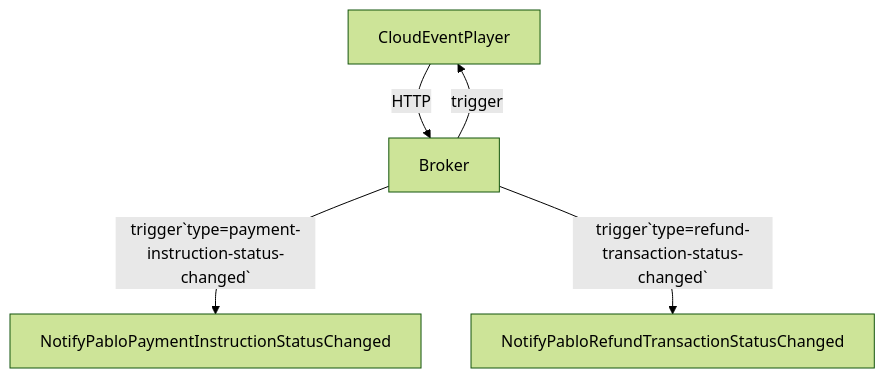
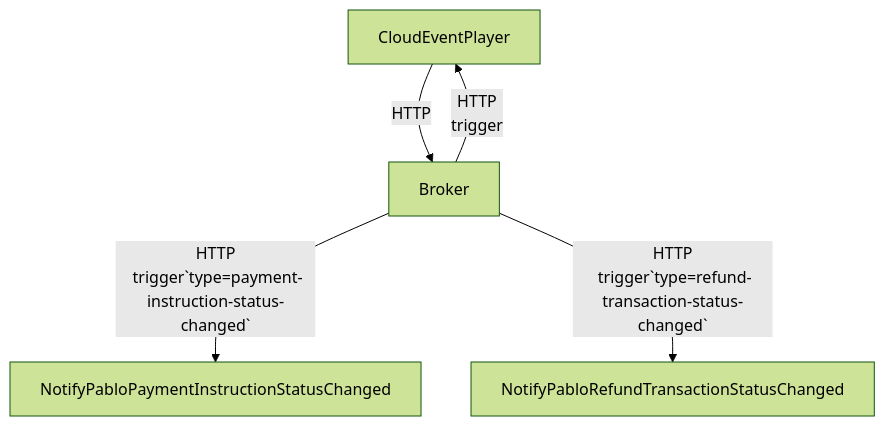
Before and after one commit to yunusdemir-dh/callbacks: the diagram in README.md, drawn with Mermaid (forest theme).

Commit message:
PAYORC-0: add http to diagram

````diff
--- a/README.md
+++ b/README.md
@@ -25,6 +25,6 @@
 ```mermaid
 flowchart TB
-   CloudEventPlayer -- HTTP --> Broker -- trigger --> CloudEventPlayer
-   Broker -- trigger`type=payment-instruction-status-changed` --> NotifyPabloPaymentInstructionStatusChanged
-   Broker -- trigger`type=refund-transaction-status-changed` --> NotifyPabloRefundTransactionStatusChanged
+   CloudEventPlayer -- HTTP --> Broker -- HTTP\n trigger --> CloudEventPlayer
+   Broker -- HTTP\n trigger`type=payment-instruction-status-changed` --> NotifyPabloPaymentInstructionStatusChanged
+   Broker -- HTTP\n trigger`type=refund-transaction-status-changed` --> NotifyPabloRefundTransactionStatusChanged
 ```
````
